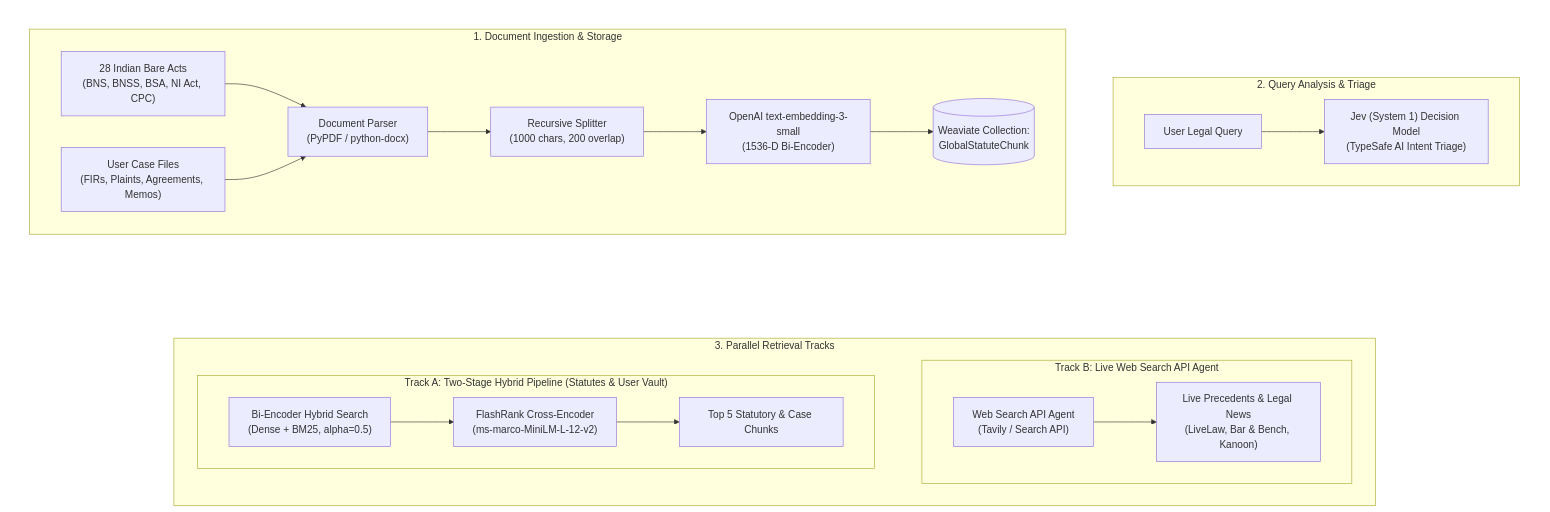
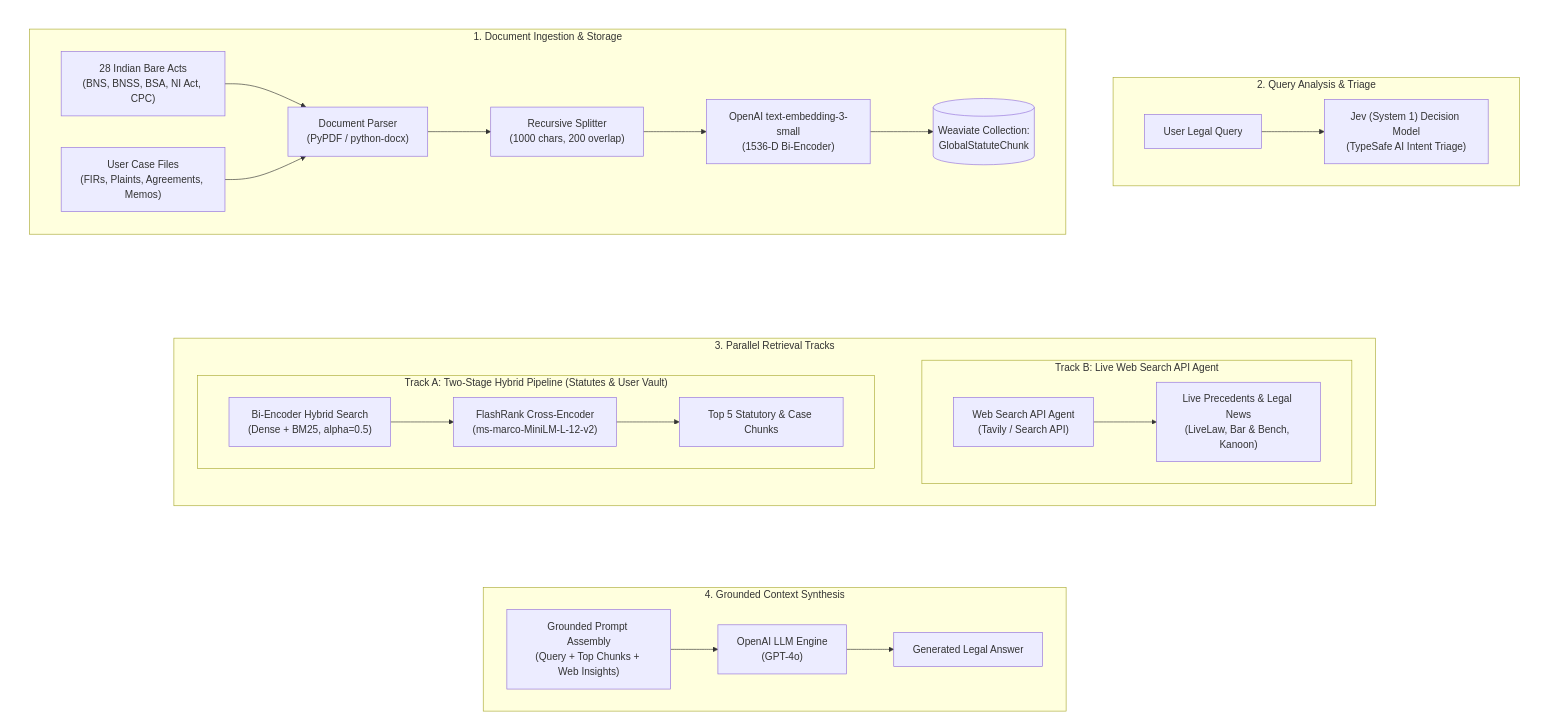
The first of 2 diagrams in README.md (JaywardhanYadav/LegalDrishti-AI), drawn with Mermaid before and after one commit.

Commit message:
docs: add 4th box (Grounded Context Synthesis) horizontally below 3rd box

````diff
--- a/README.md
+++ b/README.md
@@ -35,44 +35,52 @@
 ```mermaid
 flowchart TD
     subgraph ROW1[" "]
         direction LR
         subgraph INGEST_V1["1. Document Ingestion & Storage"]
             direction LR
             DOC_STATUTES["28 Indian Bare Acts\n(BNS, BNSS, BSA, NI Act, CPC)"]
             DOC_USER["User Case Files\n(FIRs, Plaints, Agreements, Memos)"]
 
             DOC_STATUTES --> PARSER_V1["Document Parser\n(PyPDF / python-docx)"]
             DOC_USER --> PARSER_V1
             PARSER_V1 --> CHUNK_V1["Recursive Splitter\n(1000 chars, 200 overlap)"]
             CHUNK_V1 --> EMBED_V1["OpenAI text-embedding-3-small\n(1536-D Bi-Encoder)"]
             EMBED_V1 --> WEAVIATE_V1[("Weaviate Collection:\nGlobalStatuteChunk")]
         end
 
         INGEST_V1 ~~~ TRIAGE_V1
 
         subgraph TRIAGE_V1["2. Query Analysis & Triage"]
             direction LR
             QUERY_V1["User Legal Query"] --> JEV_V1["Jev (System 1) Decision Model\n(TypeSafe AI Intent Triage)"]
         end
     end
 
     subgraph RETRIEVE_V1["3. Parallel Retrieval Tracks"]
         direction LR
 
         subgraph PIPELINE_INTERNAL["Track A: Two-Stage Hybrid Pipeline (Statutes & User Vault)"]
             direction LR
             HYBRID_V1["Bi-Encoder Hybrid Search\n(Dense + BM25, alpha=0.5)"] --> RERANK_V1["FlashRank Cross-Encoder\n(ms-marco-MiniLM-L-12-v2)"] --> TOP_INTERNAL["Top 5 Statutory & Case Chunks"]
         end
 
         PIPELINE_INTERNAL ~~~ PIPELINE_WEB
 
         subgraph PIPELINE_WEB["Track B: Live Web Search API Agent"]
             direction LR
             AGENT_WEB["Web Search API Agent\n(Tavily / Search API)"] --> WEB_RESULTS["Live Precedents & Legal News\n(LiveLaw, Bar & Bench, Kanoon)"]
         end
     end
 
     ROW1 ~~~ SPACE_ROW[" "] ~~~ RETRIEVE_V1
+    RETRIEVE_V1 ~~~ SPACE_ROW2[" "] ~~~ SYNTHESIS_V1
+
+    subgraph SYNTHESIS_V1["4. Grounded Context Synthesis"]
+        direction LR
+        PROMPT_V1["Grounded Prompt Assembly\n(Query + Top Chunks + Web Insights)"] --> LLM_V1["OpenAI LLM Engine\n(GPT-4o)"] --> ANS_V1["Generated Legal Answer"]
+    end
+
     style ROW1 fill:none,stroke:none
     style SPACE_ROW fill:none,stroke:none,color:transparent
+    style SPACE_ROW2 fill:none,stroke:none,color:transparent
 ```
````
